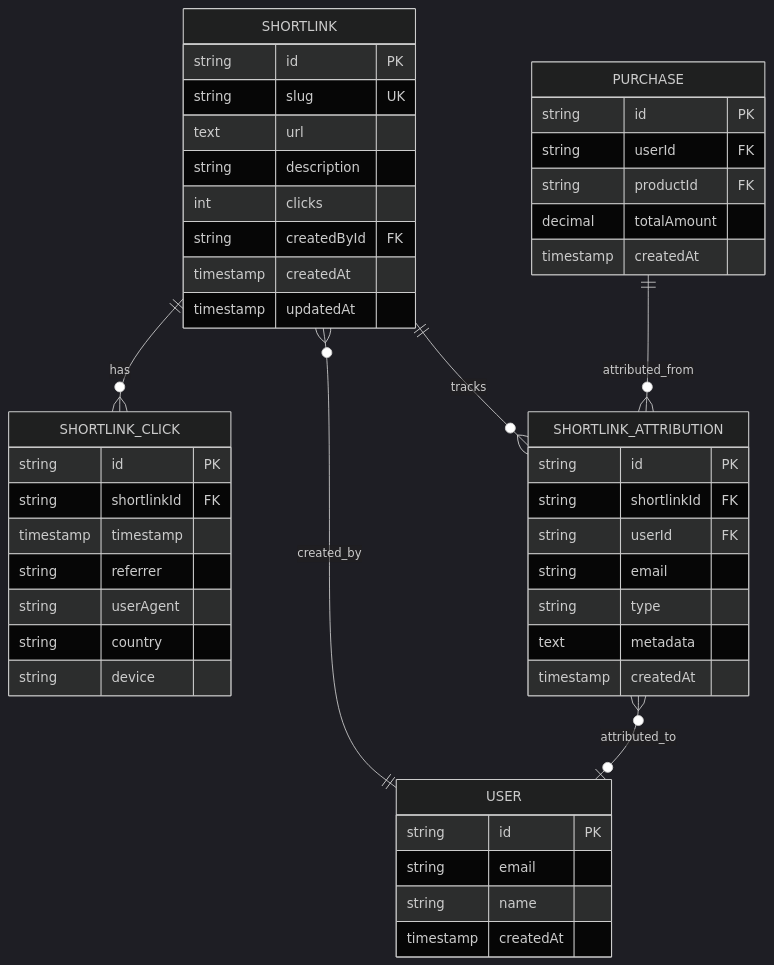
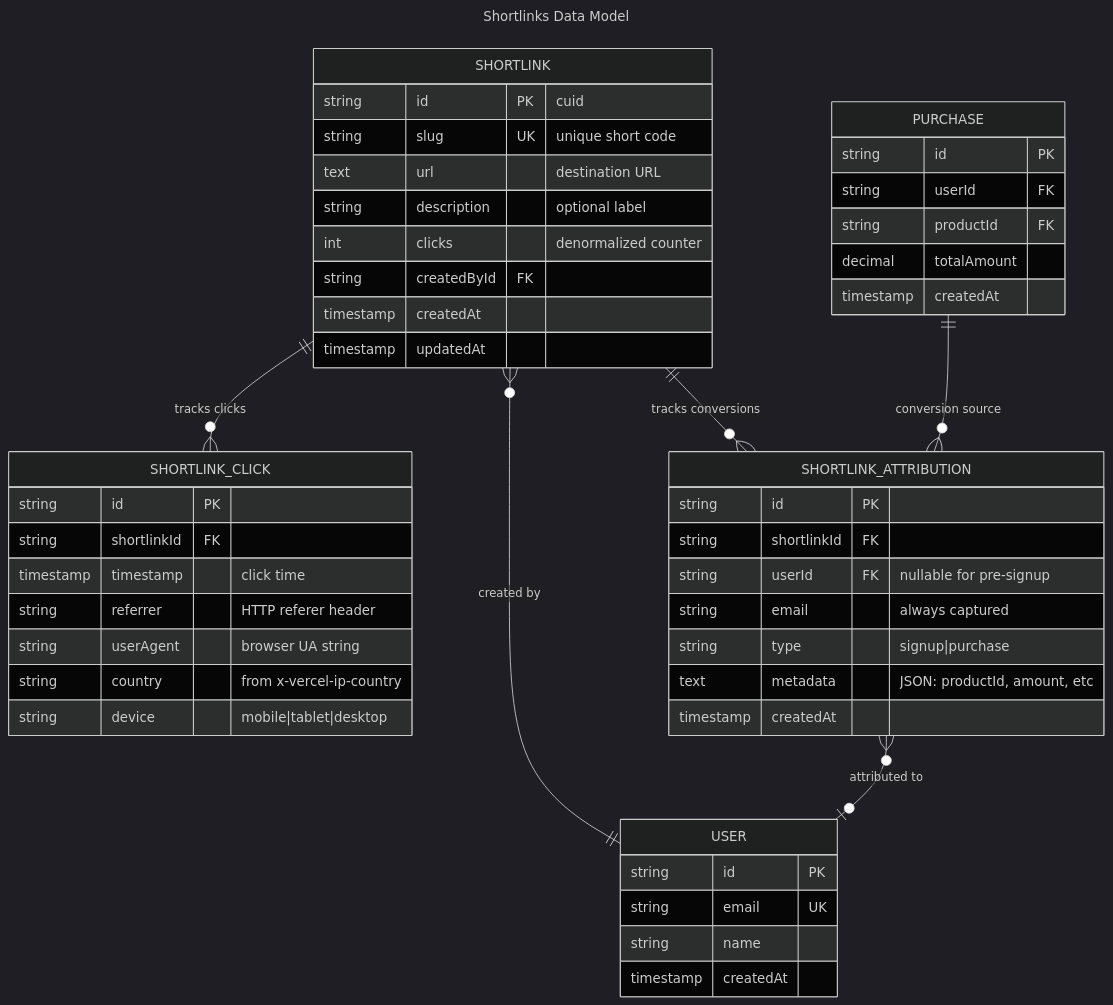
The first of 9 diagrams in apps/ai-hero/docs/flows/shortlinks.md (badass-courses/course-builder), drawn with Mermaid (dark theme) before and after one commit. The commit also changed other lines of this file, not shown here.

First line of the commit message:
style(aih): enhance mermaid diagrams with theming, autonumber, and styling

````diff
--- a/apps/ai-hero/docs/flows/shortlinks.md
+++ b/apps/ai-hero/docs/flows/shortlinks.md
@@ -20,54 +20,64 @@
 ```mermaid
+---
+title: Shortlinks Data Model
+---
 erDiagram
-    SHORTLINK ||--o{ SHORTLINK_CLICK : has
-    SHORTLINK ||--o{ SHORTLINK_ATTRIBUTION : tracks
-    SHORTLINK }o--|| USER : created_by
-    SHORTLINK_ATTRIBUTION }o--o| USER : attributed_to
-    PURCHASE ||--o{ SHORTLINK_ATTRIBUTION : attributed_from
+    %% ━━━━━━━━━━━━━━━━━━━━━━━━━━━━━━━━━━━━━━━━━━━━━━━━━━━━━━━━━━━━━━
+    %% Core shortlink entity and its relationships
+    %% ━━━━━━━━━━━━━━━━━━━━━━━━━━━━━━━━━━━━━━━━━━━━━━━━━━━━━━━━━━━━━━
+    SHORTLINK ||--o{ SHORTLINK_CLICK : "tracks clicks"
+    SHORTLINK ||--o{ SHORTLINK_ATTRIBUTION : "tracks conversions"
+    SHORTLINK }o--|| USER : "created by"
+
+    %% Attribution can link to user (optional - signups may not have userId yet)
+    SHORTLINK_ATTRIBUTION }o--o| USER : "attributed to"
+
+    %% Purchase attribution links back to commerce
+    PURCHASE ||--o{ SHORTLINK_ATTRIBUTION : "conversion source"
 
     SHORTLINK {
-        string id PK
-        string slug UK
-        text url
-        string description
-        int clicks
+        string id PK "cuid"
+        string slug UK "unique short code"
+        text url "destination URL"
+        string description "optional label"
+        int clicks "denormalized counter"
         string createdById FK
         timestamp createdAt
         timestamp updatedAt
     }
 
     SHORTLINK_CLICK {
         string id PK
         string shortlinkId FK
-        timestamp timestamp
-        string referrer
-        string userAgent
-        string country
-        string device
+        timestamp timestamp "click time"
+        string referrer "HTTP referer header"
+        string userAgent "browser UA string"
+        string country "from x-vercel-ip-country"
+        string device "mobile|tablet|desktop"
     }
 
     SHORTLINK_ATTRIBUTION {
         string id PK
         string shortlinkId FK
-        string userId FK
-        string email
-        string type
-        text metadata
+        string userId FK "nullable for pre-signup"
+        string email "always captured"
+        string type "signup|purchase"
+        text metadata "JSON: productId, amount, etc"
         timestamp createdAt
     }
 
     USER {
         string id PK
-        string email
+        string email UK
         string name
         timestamp createdAt
     }
 
     PURCHASE {
         string id PK
         string userId FK
         string productId FK
         decimal totalAmount
         timestamp createdAt
     }
 ```
````
